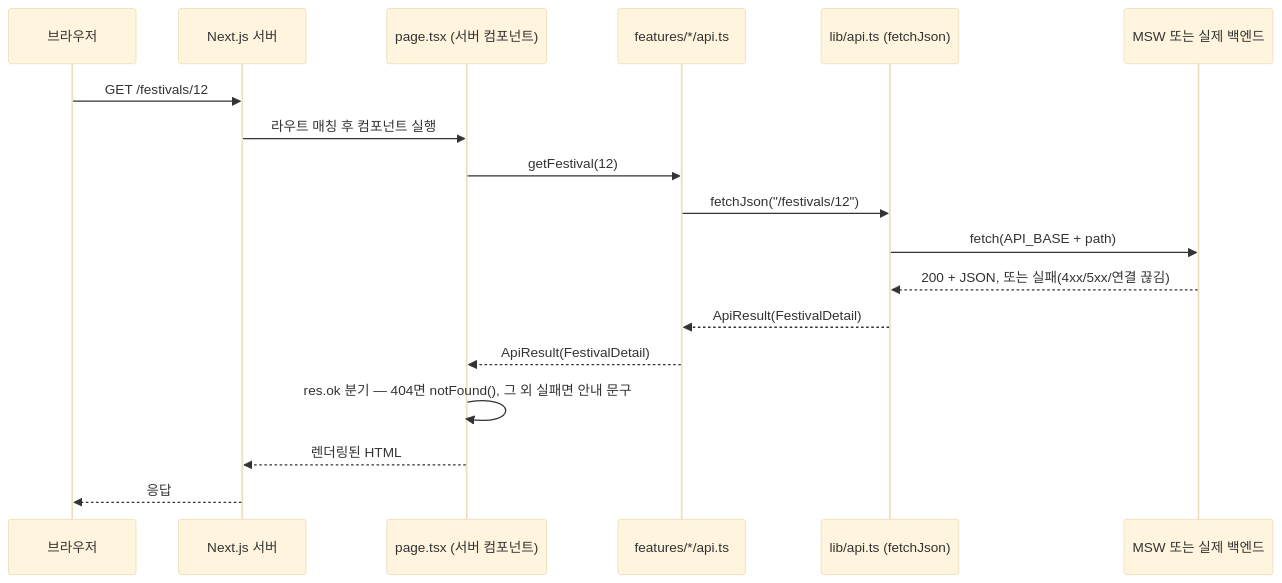
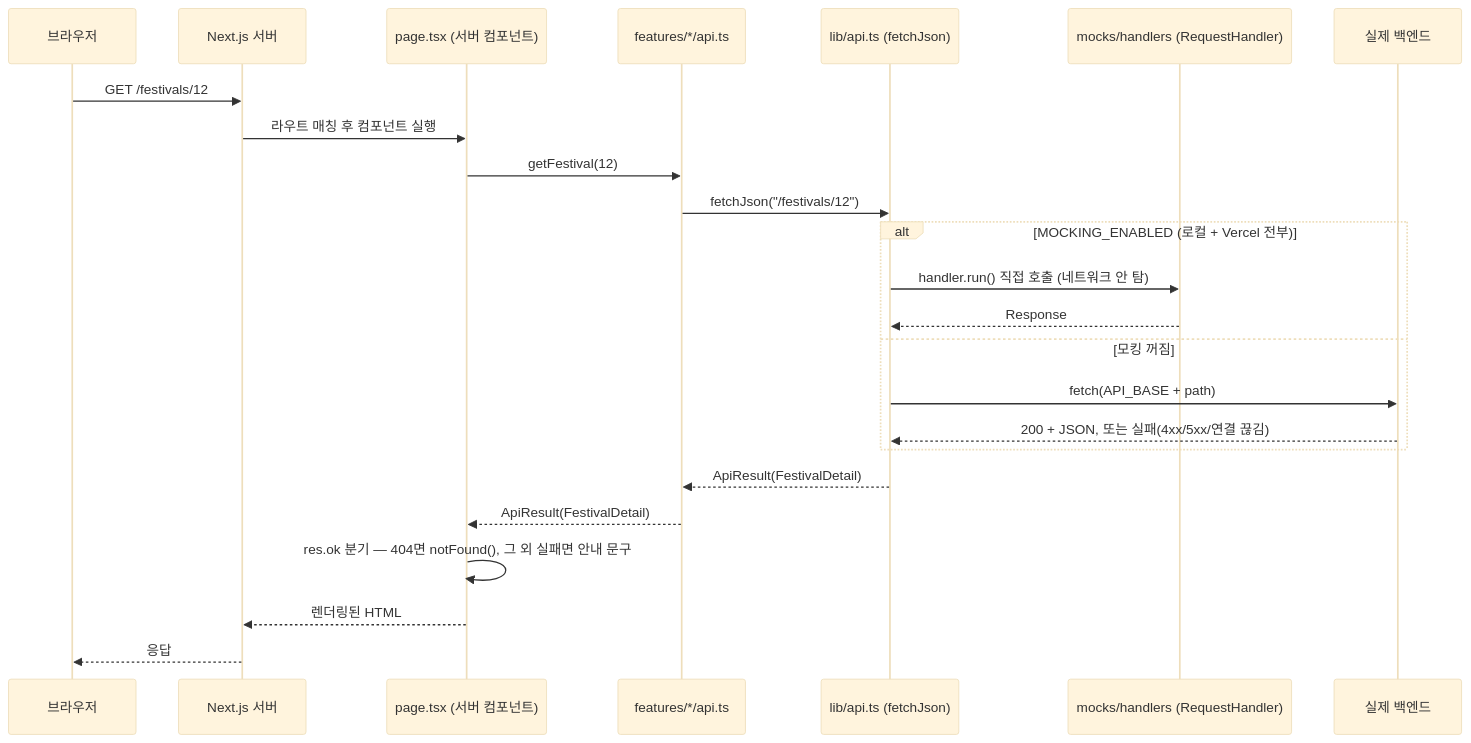
Before and after one commit to greedy-team/festa-frontend: the third of 3 diagrams in docs/architecture.md, drawn with Mermaid (base theme). The commit also changed other lines of this file and 1 other file, not shown here.

Commit message:
docs : 모킹 문서를 Vercel 서버리스 모킹 수정(#75) 내용에 맞게 갱신 #64

````diff
--- a/docs/architecture.md
+++ b/docs/architecture.md
@@ -78,21 +78,29 @@
 ```mermaid
 sequenceDiagram
     participant U as 브라우저
     participant N as Next.js 서버
     participant P as page.tsx (서버 컴포넌트)
     participant F as features/*/api.ts
     participant L as lib/api.ts (fetchJson)
-    participant M as MSW 또는 실제 백엔드
+    participant H as mocks/handlers (RequestHandler)
+    participant M as 실제 백엔드
 
     U->>N: GET /festivals/12
     N->>P: 라우트 매칭 후 컴포넌트 실행
     P->>F: getFestival(12)
     F->>L: fetchJson("/festivals/12")
-    L->>M: fetch(API_BASE + path)
-    M-->>L: 200 + JSON, 또는 실패(4xx/5xx/연결 끊김)
+
+    alt MOCKING_ENABLED (로컬 + Vercel 전부)
+        L->>H: handler.run() 직접 호출 (네트워크 안 탐)
+        H-->>L: Response
+    else 모킹 꺼짐
+        L->>M: fetch(API_BASE + path)
+        M-->>L: 200 + JSON, 또는 실패(4xx/5xx/연결 끊김)
+    end
+
     L-->>F: ApiResult(FestivalDetail)
     F-->>P: ApiResult(FestivalDetail)
     P->>P: res.ok 분기 — 404면 notFound(), 그 외 실패면 안내 문구
     P-->>N: 렌더링된 HTML
     N-->>U: 응답
 ```
````
